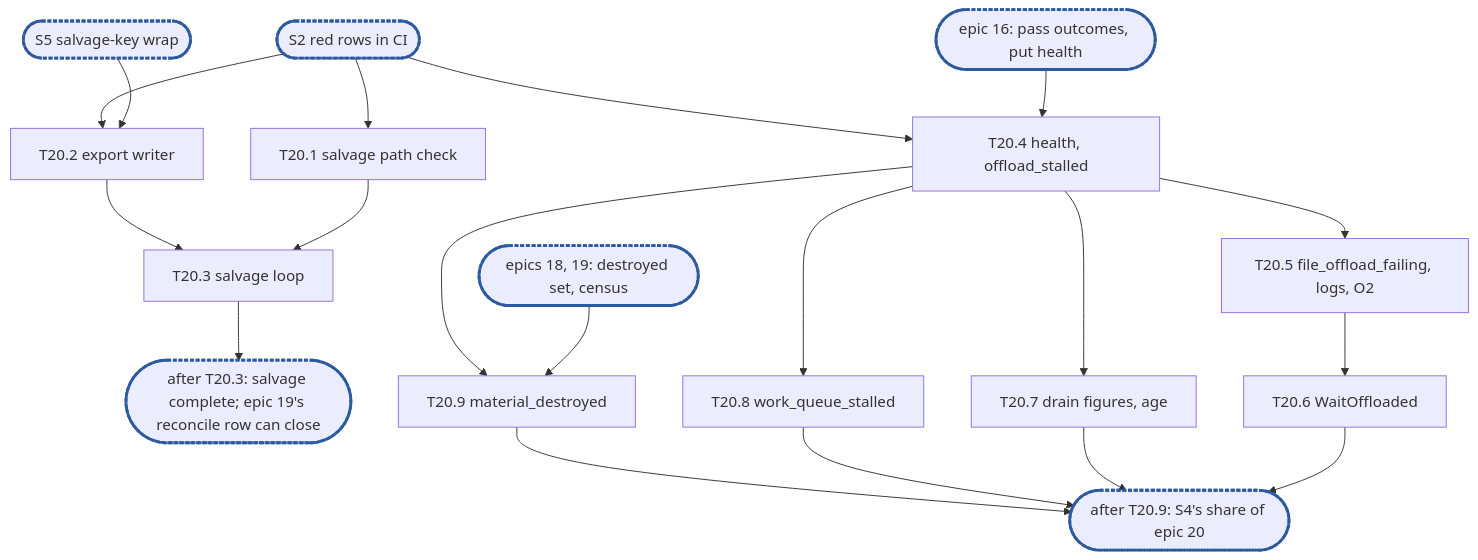
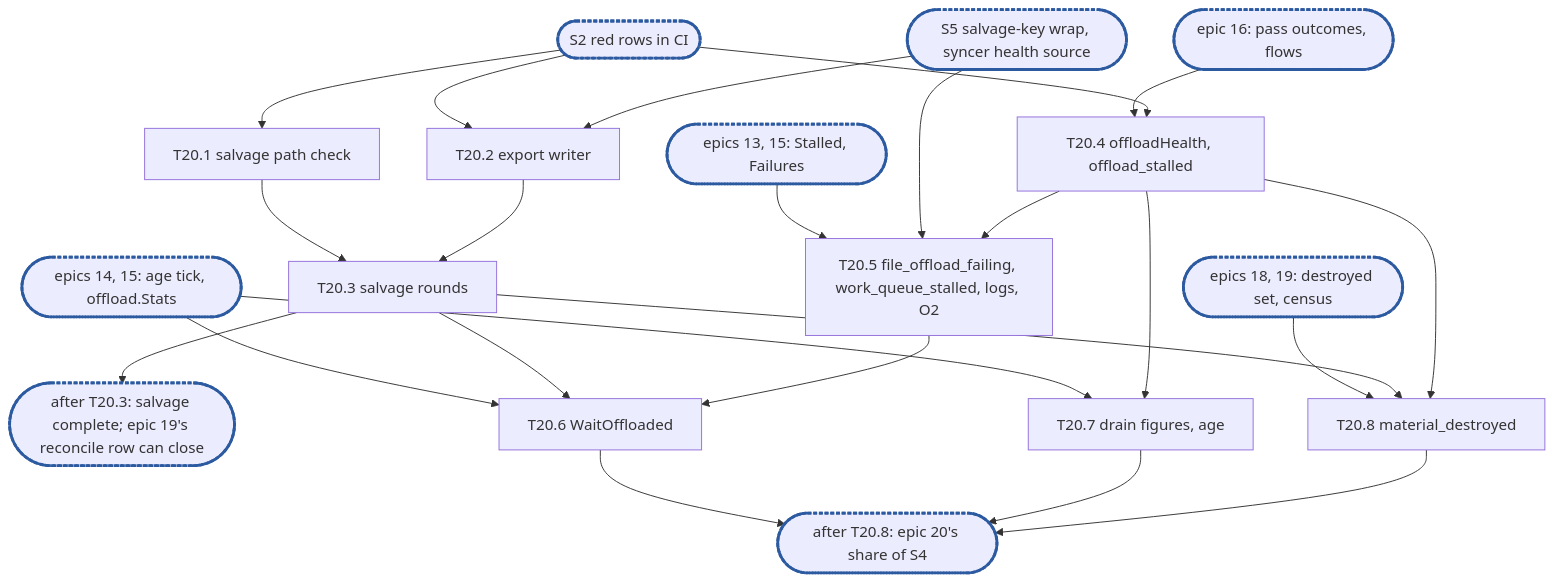
Before and after one commit to cubbit/dittofs: the diagram in .planning/rfc-8-offload-engine-epic20.md, drawn with Mermaid. The commit also changed other lines of this file and 1 other file, not shown here.

Commit message:
docs(planning): fold the review of RFC 8 epic 20's breakdown

````diff
--- a/.planning/rfc-8-offload-engine-epic20.md
+++ b/.planning/rfc-8-offload-engine-epic20.md
@@ -662,17 +726,20 @@
 ```mermaid
 flowchart TD
   S2(["S2 red rows in CI"]):::sync --> T20_1["T20.1 salvage path check"]
-  S5(["S5 salvage-key wrap"]):::sync --> T20_2
   S2 --> T20_2["T20.2 export writer"]
-  T20_1 & T20_2 --> T20_3["T20.3 salvage loop"]
+  S5(["S5 salvage-key wrap, syncer health source"]):::sync --> T20_2
+  T20_1 & T20_2 --> T20_3["T20.3 salvage rounds"]
   T20_3 --> C1(["after T20.3: salvage complete; epic 19's reconcile row can close"]):::sync
-  E16(["epic 16: pass outcomes, put health"]):::sync --> T20_4["T20.4 health, offload_stalled"]
+  X16(["epic 16: pass outcomes, flows"]):::sync --> T20_4["T20.4 offloadHealth, offload_stalled"]
   S2 --> T20_4
-  T20_4 --> T20_5["T20.5 file_offload_failing, logs, O2"] --> T20_6["T20.6 WaitOffloaded"]
+  X13(["epics 13, 15: Stalled, Failures"]):::sync --> T20_5
+  S5 --> T20_5
+  T20_4 --> T20_5["T20.5 file_offload_failing, work_queue_stalled, logs, O2"]
+  X14(["epics 14, 15: age tick, offload.Stats"]):::sync --> T20_6 & T20_7
+  T20_3 & T20_5 --> T20_6["T20.6 WaitOffloaded"]
   T20_4 --> T20_7["T20.7 drain figures, age"]
-  T20_4 --> T20_8["T20.8 work_queue_stalled"]
-  E18(["epics 18, 19: destroyed set, census"]):::sync --> T20_9
-  T20_4 --> T20_9["T20.9 material_destroyed"]
-  T20_6 & T20_7 & T20_8 & T20_9 --> C2(["after T20.9: S4's share of epic 20"]):::sync
+  X18(["epics 18, 19: destroyed set, census"]):::sync --> T20_8
+  T20_3 & T20_4 --> T20_8["T20.8 material_destroyed"]
+  T20_6 & T20_7 & T20_8 --> C2(["after T20.8: epic 20's share of S4"]):::sync
   classDef sync stroke:#2c5aa0,stroke-width:3px,stroke-dasharray:4 2
 ```
````
